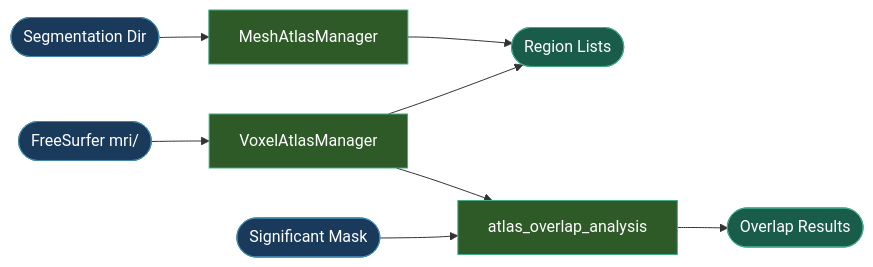
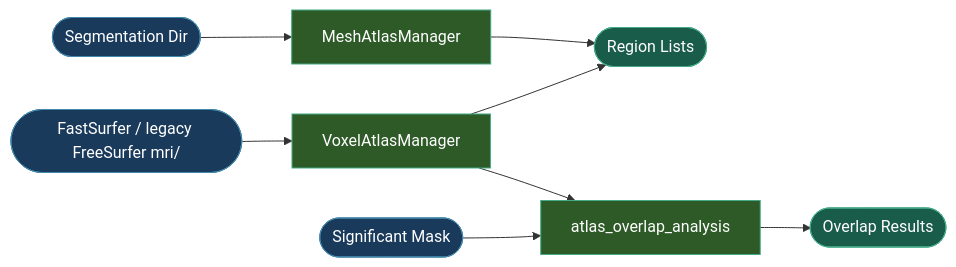
The diagram in docs/api_mkdocs/docs/pipeline/atlas.md (idossha/TI-Toolbox), drawn with Mermaid before and after one commit. The commit also changed other lines of this file and 325 other files, not shown here.

````diff
--- a/docs/api_mkdocs/docs/pipeline/atlas.md
+++ b/docs/api_mkdocs/docs/pipeline/atlas.md
@@ -5,18 +5,18 @@
 ```mermaid
 graph LR
     SEG([Segmentation Dir]) --> MESH[MeshAtlasManager]
-    FS([FreeSurfer mri/]) --> VOXEL[VoxelAtlasManager]
+    FS([FastSurfer / legacy FreeSurfer mri/]) --> VOXEL[VoxelAtlasManager]
     MESH --> REGIONS([Region Lists])
     VOXEL --> REGIONS
     SIG([Significant Mask]) --> OVERLAP[atlas_overlap_analysis]
     VOXEL --> OVERLAP
     OVERLAP --> RESULTS([Overlap Results])
     style SEG fill:#1a3a5c,stroke:#48a,color:#fff
     style FS fill:#1a3a5c,stroke:#48a,color:#fff
     style SIG fill:#1a3a5c,stroke:#48a,color:#fff
     style MESH fill:#2d5a27,stroke:#4a8,color:#fff
     style VOXEL fill:#2d5a27,stroke:#4a8,color:#fff
     style OVERLAP fill:#2d5a27,stroke:#4a8,color:#fff
     style REGIONS fill:#1a5c4a,stroke:#4a8,color:#fff
     style RESULTS fill:#1a5c4a,stroke:#4a8,color:#fff
 ```
````
